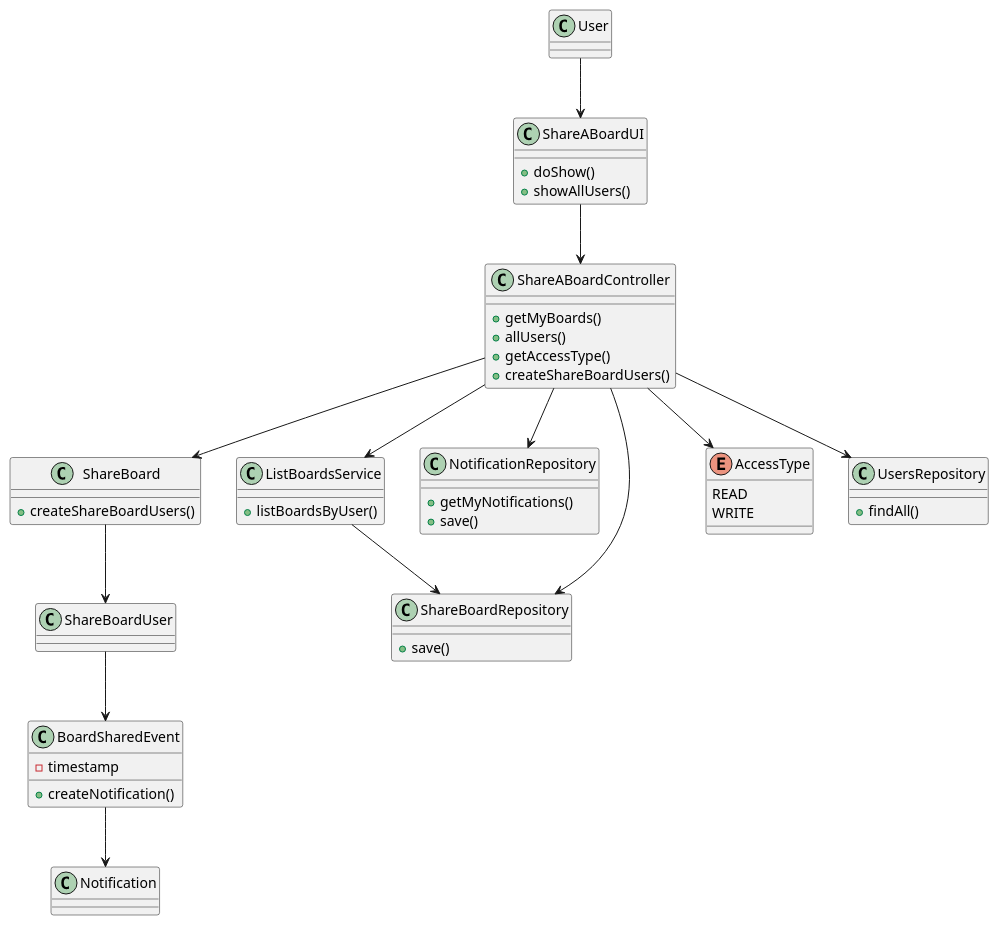
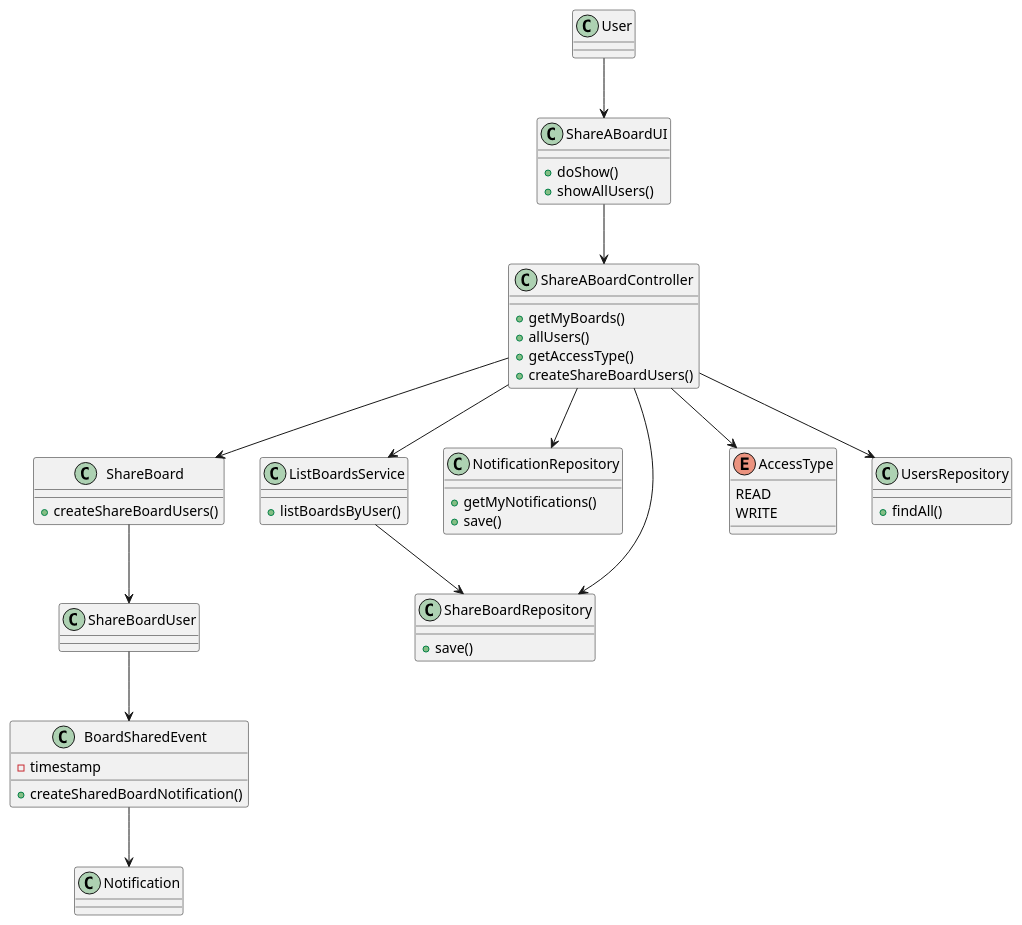
The diagram in docs/SPRINT C/US3004 - Share a board/US3004-CD.puml (mascenso/isep-sem4-lapr4), drawn with PlantUML before and after one commit. The commit also changed 9 other files, not shown here.

```diff
--- a/docs/SPRINT C/US3004 - Share a board/US3004-CD.puml
+++ b/docs/SPRINT C/US3004 - Share a board/US3004-CD.puml
@@ -1,68 +1,68 @@
 @startuml
 
 class User
 
 class ShareABoardUI {
     +doShow()
     +showAllUsers()
 }
 
 class ShareABoardController {
     +getMyBoards()
     +allUsers()
     +getAccessType()
     +createShareBoardUsers()
 }
 
 class ListBoardsService {
     +listBoardsByUser()
 }
 
 class ShareBoard {
     +createShareBoardUsers()
 }
 
 
 class Notification {
 }
 
 class NotificationRepository{
     +getMyNotifications()
     +save()
 }
 
 class ShareBoardRepository{
     +save()
 }
 
 enum AccessType {
     READ
     WRITE
 }
 
 class BoardSharedEvent{
     -timestamp
-    +createNotification()
+    +createSharedBoardNotification()
 }
 
 
 class ShareBoardUser {
 }
 
 class UsersRepository{
     +findAll()
 }
 
 User-->ShareABoardUI
 ShareABoardUI-->ShareABoardController
 ShareABoardController-->ListBoardsService
 ShareABoardController-->UsersRepository
 ShareABoardController-->AccessType
 ShareABoardController-->ShareBoard
 ShareABoardController-->NotificationRepository
 ShareABoardController-->ShareBoardRepository
 ListBoardsService-->ShareBoardRepository
 ShareBoard-->ShareBoardUser
 ShareBoardUser-->BoardSharedEvent
 BoardSharedEvent-->Notification
 @enduml
```
